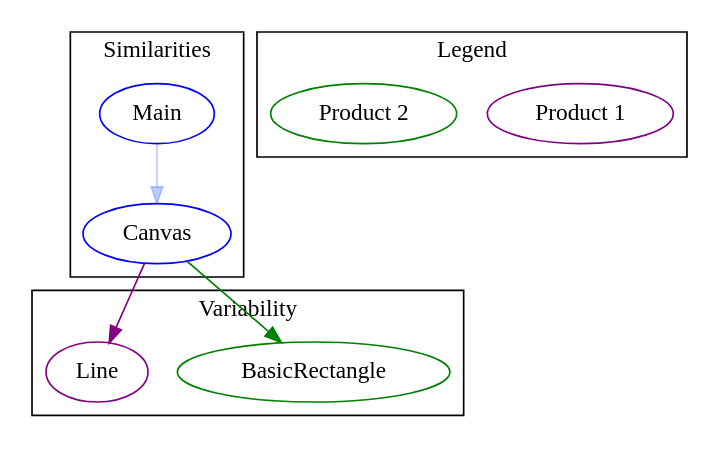
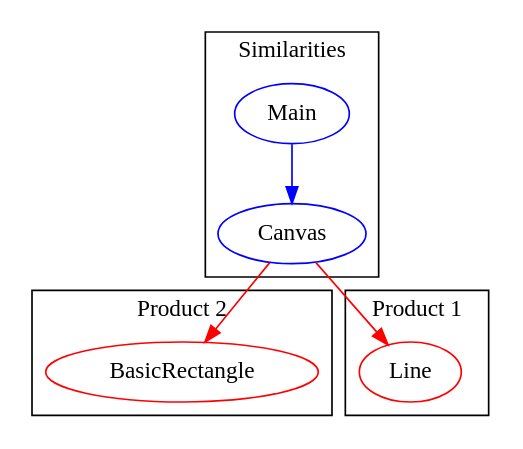
One commit to MPassos/PLAR-Tool changed the diagram in mergedproduct.dot. Above: the diagram before and after it, drawn with Graphviz. The commit also changed 12 other files, not shown here.

Commit message:
Minor fixes on interactive graph generation

```diff
--- a/mergedproduct.dot
+++ b/mergedproduct.dot
@@ -1,26 +1,24 @@
 digraph G {
 size= "6,6";
 rotate = 180;
-"BasicRectangle"[label="BasicRectangle",shape=ellipse,color=green,fontcolor=black,style=""];
+"BasicRectangle"[label="BasicRectangle",shape=ellipse,color=red,fontcolor=black];
 "Canvas"[label="Canvas",shape=ellipse,color=blue,fontcolor=black,style=""];
-"Line"[label="Line",shape=ellipse,color=purple,fontcolor=black,style=""];
+"Line"[label="Line",shape=ellipse,color=red,fontcolor=black];
 "Main"[label="Main",shape=ellipse,color=blue,fontcolor=black,style=""];
-"Canvas" -> "BasicRectangle" [color=green,font=6];
-"Canvas" -> "Line" [color=purple,font=6];
-"Main" -> "Canvas" [color="#3366FF55",font=6];
+"Canvas" -> "BasicRectangle" [color=red, font=6];
+"Canvas" -> "Line" [color=red,font=6];
+"Main" -> "Canvas" [color=blue,font=6];
 subgraph cluster_0{
-label = "Variability";
-"BasicRectangle";
+label = "Product 1";
 "Line";
 }
 subgraph cluster_1{
+label = "Product 2";
+"BasicRectangle";
+}
+subgraph cluster_2{
 label = "Similarities" ;
 "Canvas";
 "Main";
 }
-subgraph cluster_2{
-label = "Legend" ;
-"Product 1"[color=purple];
- "Product 2"[color=green];
- }
 }
```
